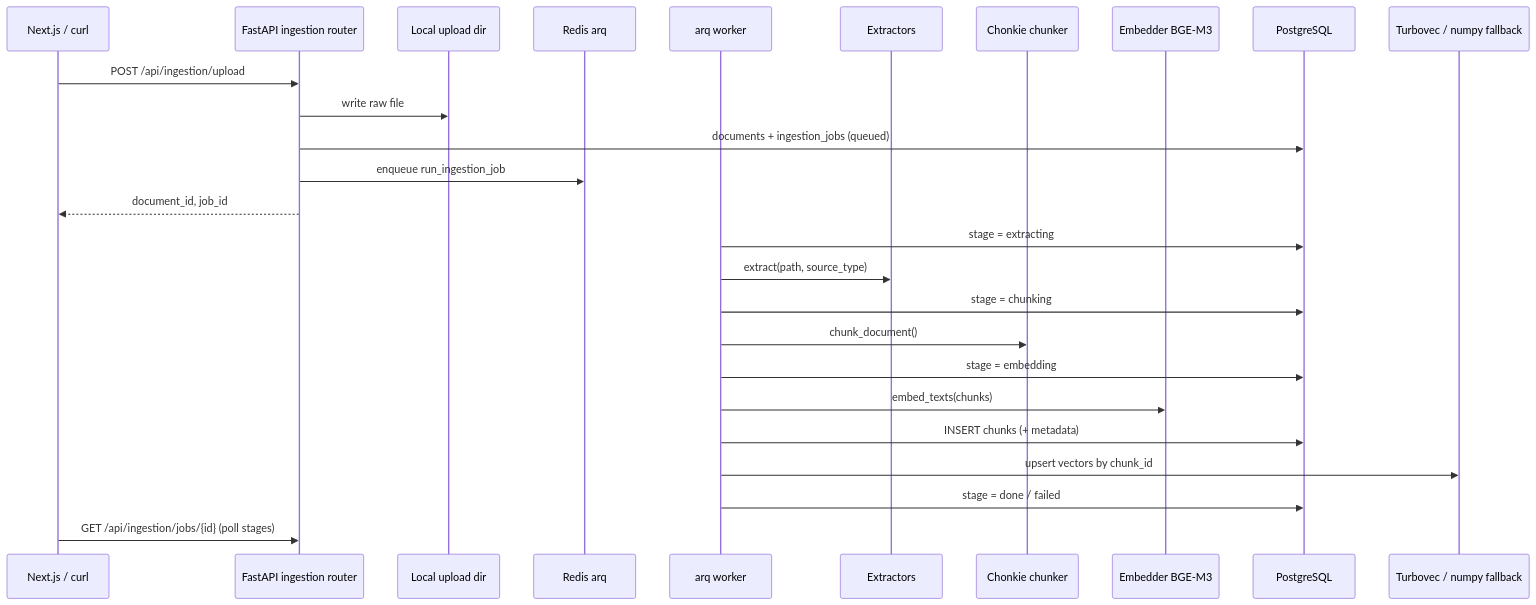
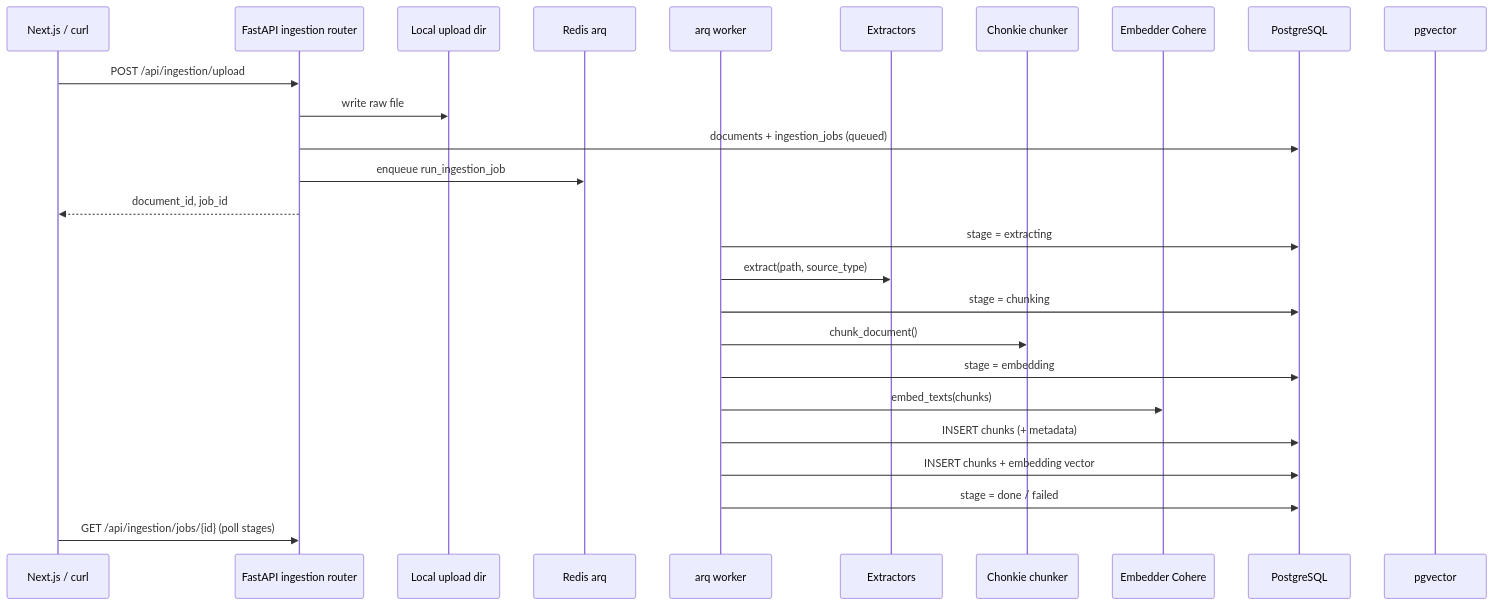
Before and after one commit to AmitxParmar/agentic-knowledge-base: the second of 4 diagrams in docs/REMAINING.md, drawn with Mermaid. The commit also changed other lines of this file and 4 other files, not shown here.

````diff
--- a/docs/REMAINING.md
+++ b/docs/REMAINING.md
@@ -419,29 +418,29 @@
 ```mermaid
 sequenceDiagram
   participant UI as Next.js / curl
   participant API as FastAPI ingestion router
   participant FS as Local upload dir
   participant Redis as Redis arq
   participant W as arq worker
   participant X as Extractors
   participant C as Chonkie chunker
-  participant E as Embedder BGE-M3
+  participant E as Embedder Cohere
   participant PG as PostgreSQL
-  participant TV as Turbovec / numpy fallback
+  participant TV as pgvector
 
   UI->>API: POST /api/ingestion/upload
   API->>FS: write raw file
   API->>PG: documents + ingestion_jobs (queued)
   API->>Redis: enqueue run_ingestion_job
   API-->>UI: document_id, job_id
   W->>PG: stage = extracting
   W->>X: extract(path, source_type)
   W->>PG: stage = chunking
   W->>C: chunk_document()
   W->>PG: stage = embedding
   W->>E: embed_texts(chunks)
   W->>PG: INSERT chunks (+ metadata)
-  W->>TV: upsert vectors by chunk_id
+  W->>PG: INSERT chunks + embedding vector
   W->>PG: stage = done / failed
   UI->>API: GET /api/ingestion/jobs/{id} (poll stages)
 ```
````
